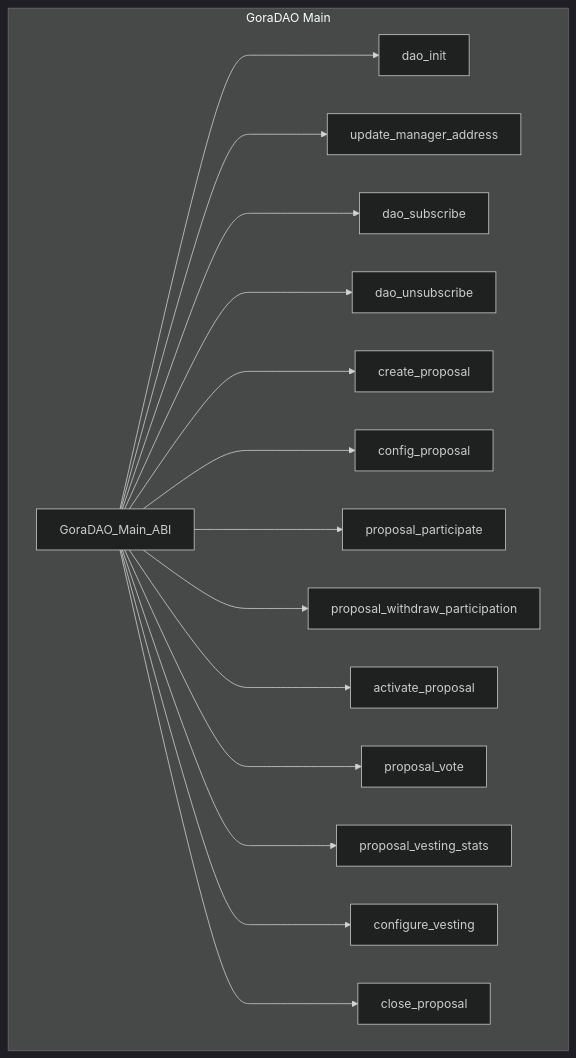
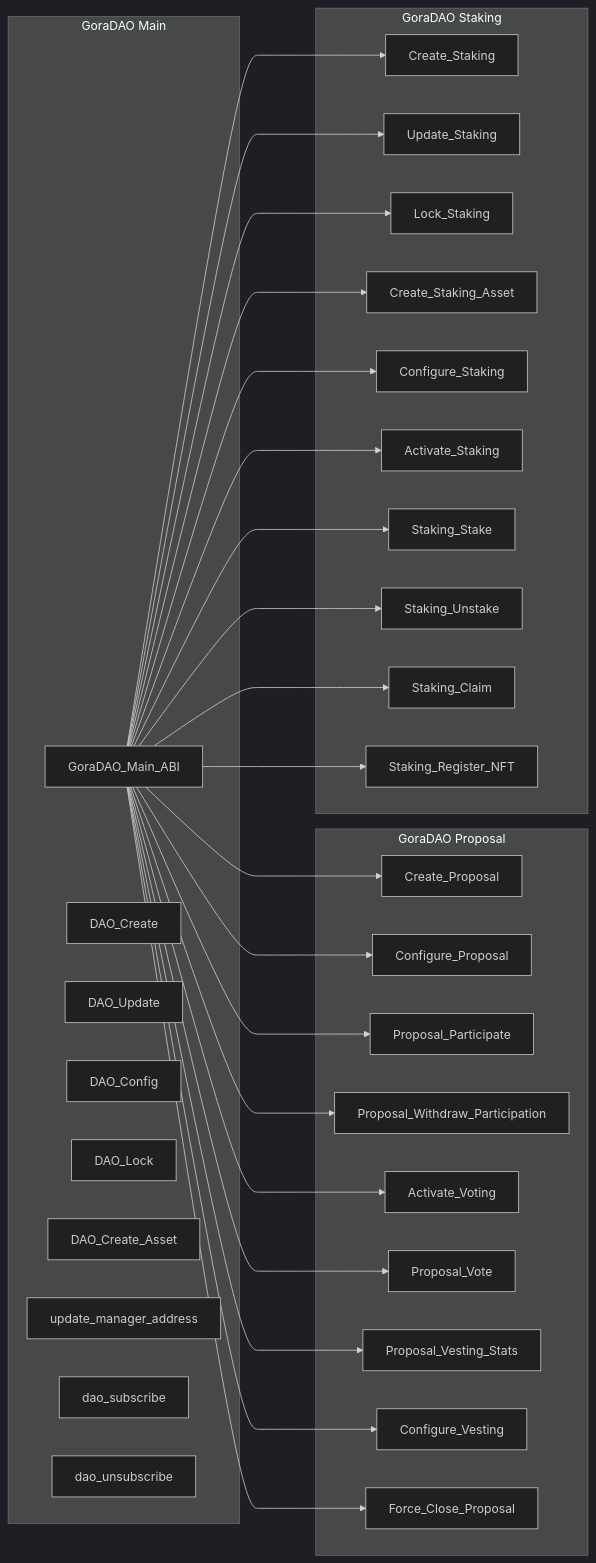
Before and after one commit to GoraNetwork/gora-dao-smartcontracts: the second of 7 diagrams in README.md, drawn with Mermaid (dark theme). The commit also changed other lines of this file and 1 other file, not shown here.

Commit message:
Update Gora DAO operations CLI & README

````diff
--- a/README.md
+++ b/README.md
@@ -147,40 +131,67 @@
 ```mermaid
 
-graph TB
+graph LR
  
       subgraph GoraDAO Main
             GoraDAO_Main[GoraDAO_Main_ABI]
-            DAO_Init[dao_init]
+            DAO_Create[DAO_Create]
+            DAO_Update[DAO_Update]
+            DAO_Config[DAO_Config]
+            DAO_Lock[DAO_Lock]
+            DAO_Create_Asset[DAO_Create_Asset]
             Update_Manager_address[update_manager_address]
             DAO_Subscribe[dao_subscribe]
             DAO_Unsubscribe[dao_unsubscribe]
-            Create_Proposal[create_proposal]
-            Configure_Proposal[config_proposal]
-            Proposal_Participate[proposal_participate]
-            Proposal_Withdraw_Participation[proposal_withdraw_participation]
-            Activate_Voting[activate_proposal]
-            Proposal_Vote[proposal_vote]
-            Proposal_Vesting_Stats[proposal_vesting_stats]
-            Configure_Vesting[configure_vesting]
-            Force_Close_Proposal[close_proposal]
+            %% Create_Proposal[create_proposal]
+            %% Configure_Proposal[config_proposal]
+            %% Update_Proposal_Manager_address[update_proposal_manager_address]
+            %% Proposal_Participate[proposal_participate]
+            %% Proposal_Withdraw_Participation[proposal_withdraw_participation]
+            %% Activate_Voting[activate_proposal]
+            %% Proposal_Vote[proposal_vote]
+            %% Proposal_Vesting_Stats[proposal_vesting_stats]
+            %% Configure_Vesting[configure_vesting]
+            %% Force_Close_Proposal[close_proposal]
+
+            %% Create_Staking[create_staking]
+            %% Update_Staking[Update_Staking]
+            %% Configure_Staking[config_staking]
+            %% Update_Staking_Manager_address[update_staking_manager_address]
+            %% Activate_Staking[activate_staking]
+
        
         end
       
+subgraph GoraDAO Proposal
 
-      GoraDAO_Main[GoraDAO_Main_ABI] ---> DAO_Init
-      GoraDAO_Main[GoraDAO_Main_ABI] ---> Update_Manager_address
-      GoraDAO_Main[GoraDAO_Main_ABI] ---> DAO_Subscribe
-      GoraDAO_Main[GoraDAO_Main_ABI] ---> DAO_Unsubscribe
 
       GoraDAO_Main[GoraDAO_Main_ABI] ---> Create_Proposal
       GoraDAO_Main[GoraDAO_Main_ABI] ---> Configure_Proposal
       GoraDAO_Main[GoraDAO_Main_ABI] ---> Proposal_Participate
       GoraDAO_Main[GoraDAO_Main_ABI] ---> Proposal_Withdraw_Participation
       GoraDAO_Main[GoraDAO_Main_ABI] ---> Activate_Voting
       GoraDAO_Main[GoraDAO_Main_ABI] ---> Proposal_Vote
       GoraDAO_Main[GoraDAO_Main_ABI] ---> Proposal_Vesting_Stats
       GoraDAO_Main[GoraDAO_Main_ABI] ---> Configure_Vesting
       GoraDAO_Main[GoraDAO_Main_ABI] ---> Force_Close_Proposal
- 
 
+  
+end
+
+subgraph GoraDAO Staking
+
+
+    
+
+      GoraDAO_Main[GoraDAO_Main_ABI] ---> Create_Staking
+      GoraDAO_Main[GoraDAO_Main_ABI] ---> Update_Staking
+      GoraDAO_Main[GoraDAO_Main_ABI] ---> Lock_Staking
+      GoraDAO_Main[GoraDAO_Main_ABI] ---> Create_Staking_Asset
+      GoraDAO_Main[GoraDAO_Main_ABI] ---> Configure_Staking
+      GoraDAO_Main[GoraDAO_Main_ABI] ---> Activate_Staking
+      GoraDAO_Main[GoraDAO_Main_ABI] ---> Staking_Stake
+      GoraDAO_Main[GoraDAO_Main_ABI] ---> Staking_Unstake
+      GoraDAO_Main[GoraDAO_Main_ABI] ---> Staking_Claim
+      GoraDAO_Main[GoraDAO_Main_ABI] ---> Staking_Register_NFT
+end
 ```
````
